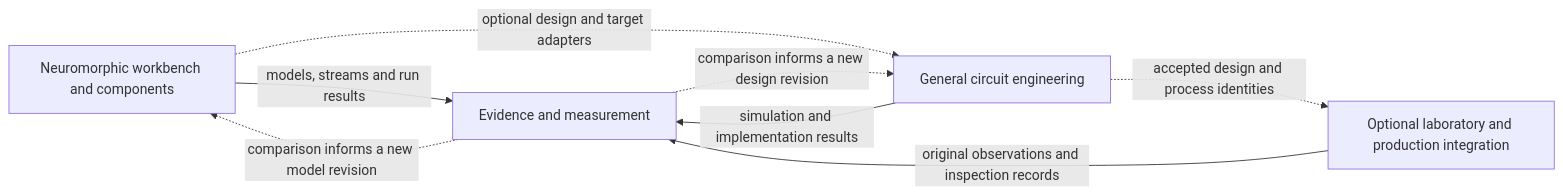
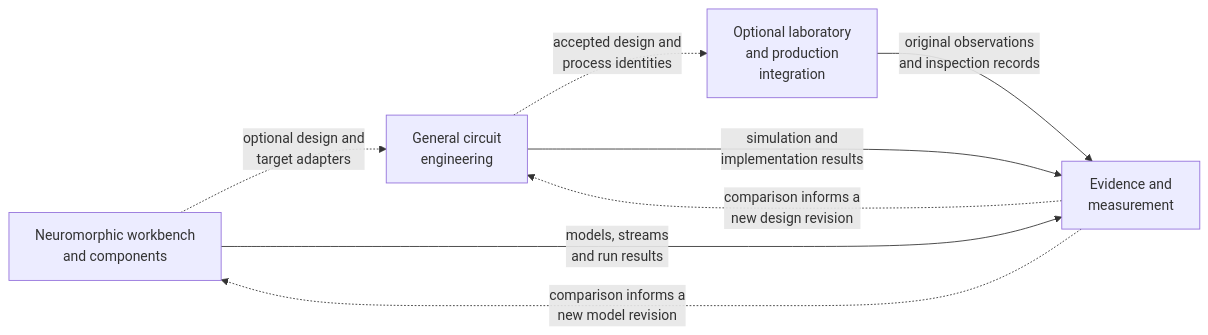
Before and after one commit to anulum/sc-neurocore: the diagram in docs/ecosystem.md, drawn with Mermaid. The commit also changed other lines of this file, not shown here.

First line of the commit message:
docs(ecosystem): make the programme graph and page readable on GitHub

````diff
--- a/docs/ecosystem.md
+++ b/docs/ecosystem.md
@@ -202,14 +205,14 @@
 ```mermaid
 flowchart LR
-    N[Neuromorphic workbench and components]
-    E[Evidence and measurement]
-    C[General circuit engineering]
-    P[Optional laboratory and production integration]
-    N -->|models, streams and run results| E
-    N -.->|optional design and target adapters| C
-    C -->|simulation and implementation results| E
-    C -.->|accepted design and process identities| P
-    P -->|original observations and inspection records| E
-    E -.->|comparison informs a new model revision| N
-    E -.->|comparison informs a new design revision| C
+    N["Neuromorphic workbench<br/>and components"]
+    C["General circuit<br/>engineering"]
+    P["Optional laboratory<br/>and production<br/>integration"]
+    E["Evidence and<br/>measurement"]
+    N -. "optional design and<br/>target adapters" .-> C
+    C -. "accepted design and<br/>process identities" .-> P
+    N -- "models, streams<br/>and run results" --> E
+    C -- "simulation and<br/>implementation results" --> E
+    P -- "original observations<br/>and inspection records" --> E
+    E -. "comparison informs a<br/>new model revision" .-> N
+    E -. "comparison informs a<br/>new design revision" .-> C
 ```
````
